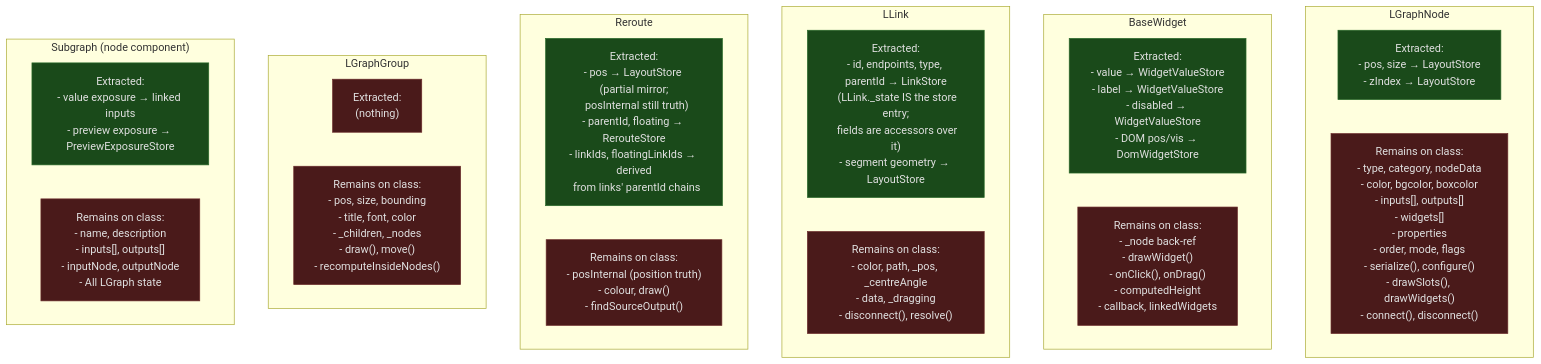
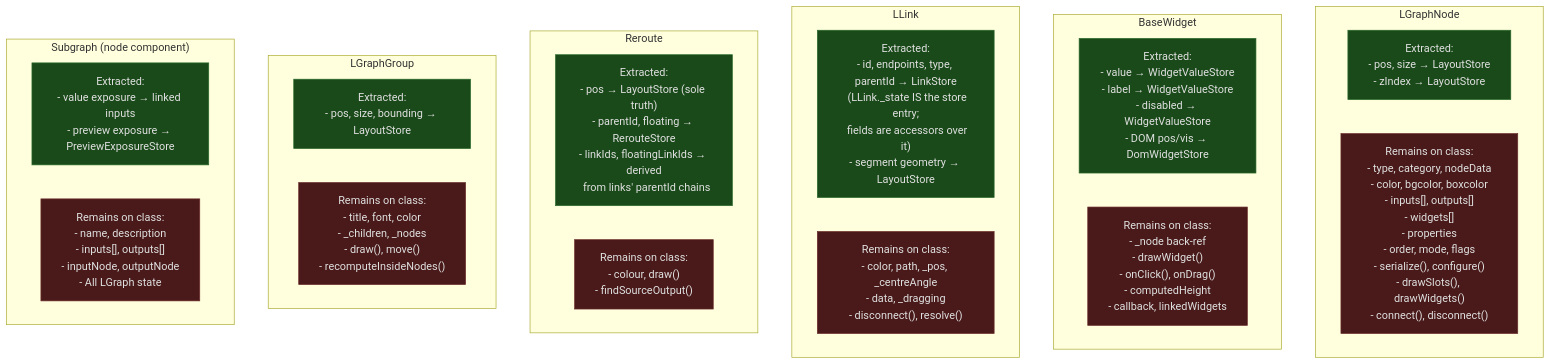
Before and after one commit to Comfy-Org/ComfyUI_frontend: the third of 3 diagrams in docs/architecture/proto-ecs-stores.md, drawn with Mermaid. The commit also changed other lines of this file and 3 other files, not shown here.

First line of the commit message:
docs(architecture): sync ECS records with shipped geometry stores

```diff
--- a/docs/architecture/proto-ecs-stores.md
+++ b/docs/architecture/proto-ecs-stores.md
@@ -335,22 +339,19 @@
 
     subgraph Reroute["Reroute"]
         R_ext["Extracted:
-- pos → LayoutStore (partial mirror;
-  posInternal still truth)
+- pos → LayoutStore (sole truth)
 - parentId, floating → RerouteStore
 - linkIds, floatingLinkIds → derived
   from links' parentId chains"]
         R_rem["Remains on class:
-- posInternal (position truth)
 - colour, draw()
 - findSourceOutput()"]
     end
 
     subgraph Group["LGraphGroup"]
         G_ext["Extracted:
-(nothing)"]
+- pos, size, bounding → LayoutStore"]
         G_rem["Remains on class:
-- pos, size, bounding
 - title, font, color
 - _children, _nodes
 - draw(), move()
@@ -372,7 +373,7 @@
     style W_ext fill:#1a4a1a,stroke:#2a6a2a,color:#e0e0e0
     style L_ext fill:#1a4a1a,stroke:#2a6a2a,color:#e0e0e0
     style R_ext fill:#1a4a1a,stroke:#2a6a2a,color:#e0e0e0
-    style G_ext fill:#4a1a1a,stroke:#6a2a2a,color:#e0e0e0
+    style G_ext fill:#1a4a1a,stroke:#2a6a2a,color:#e0e0e0
     style S_ext fill:#1a4a1a,stroke:#2a6a2a,color:#e0e0e0
 
     style N_rem fill:#4a1a1a,stroke:#6a2a2a,color:#e0e0e0
```
